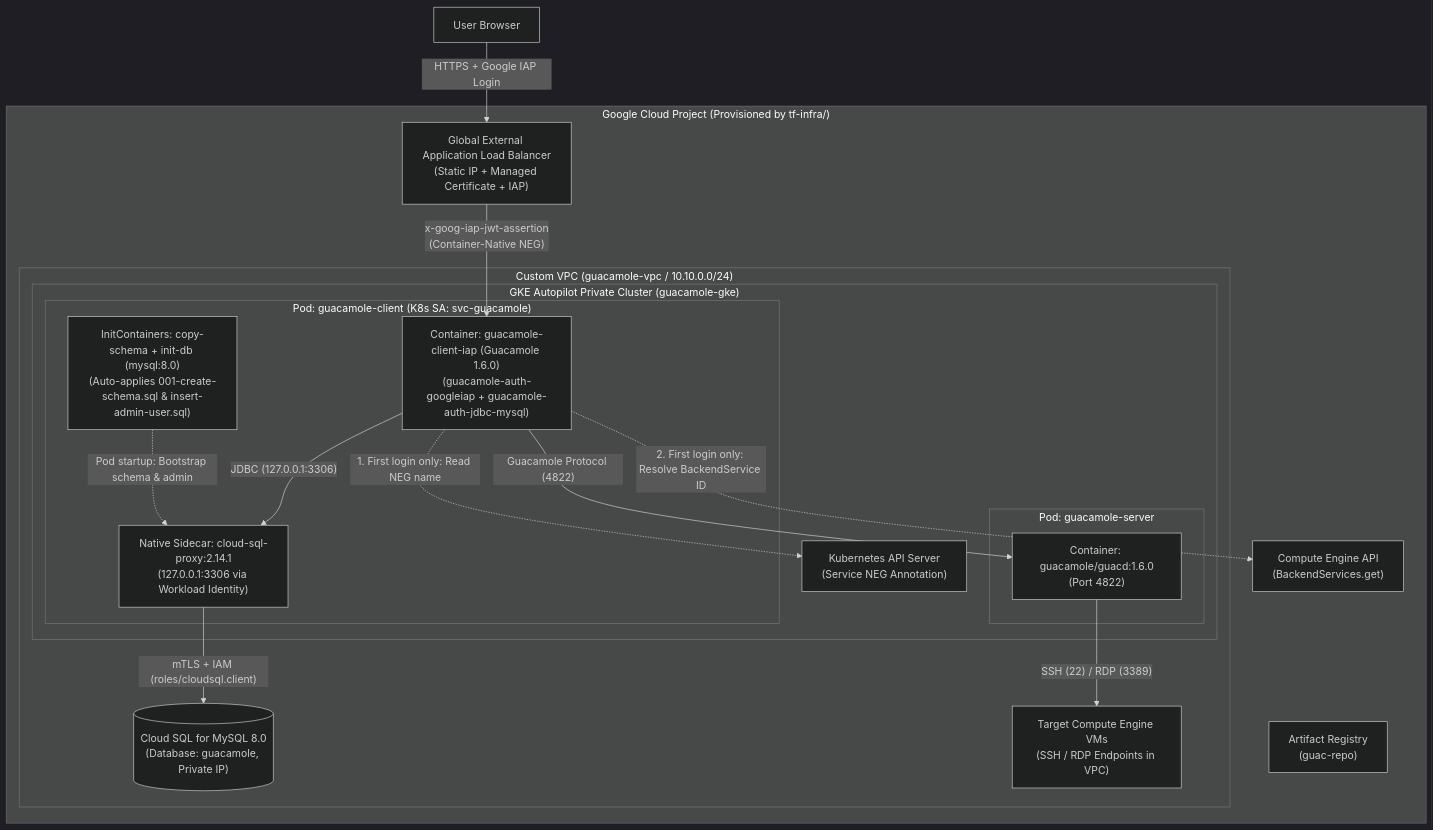
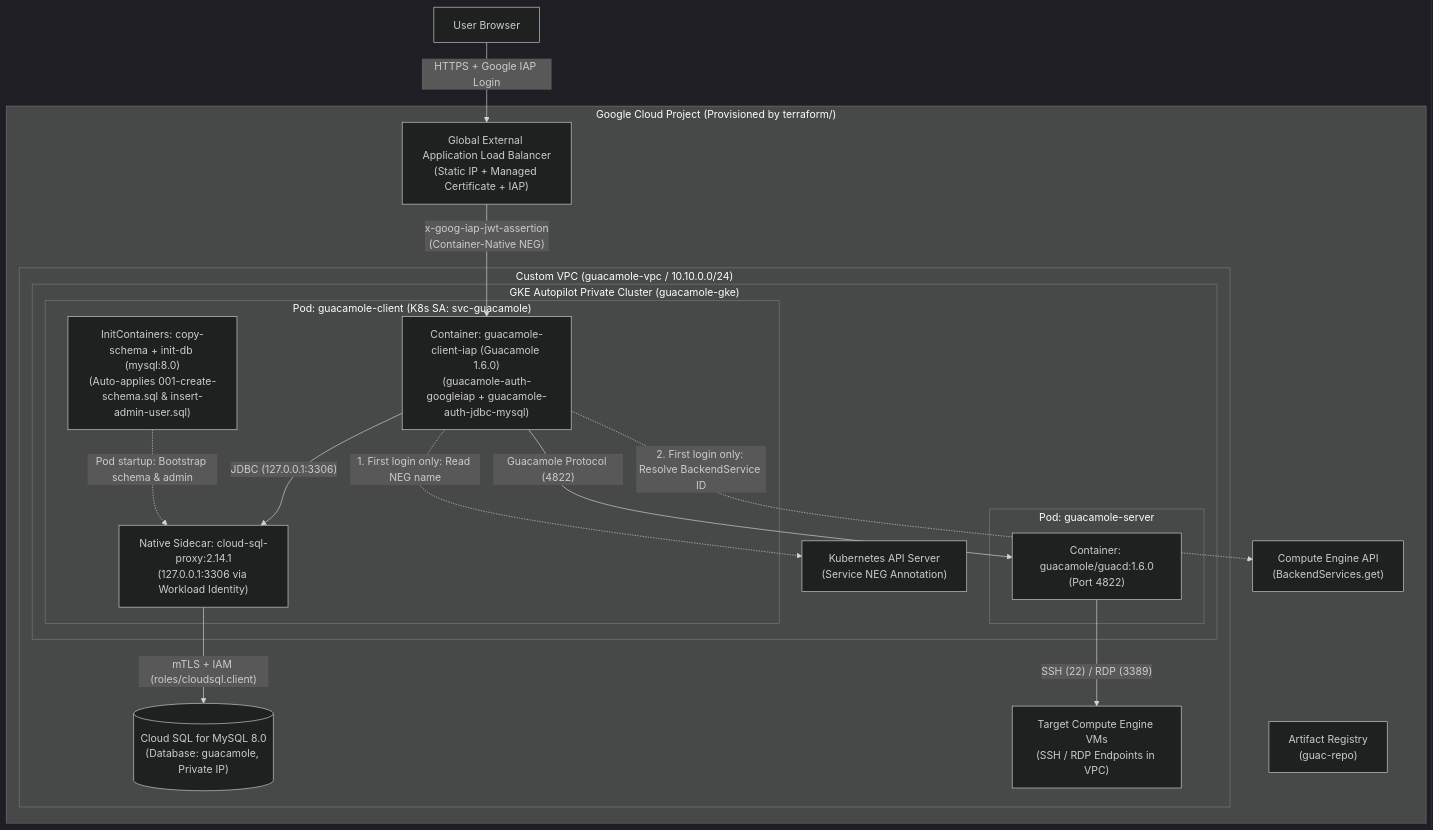
The diagram in README.md (GoogleCloudPlatform/guacamole-on-gcp), drawn with Mermaid (dark theme) before and after one commit. The commit also changed other lines of this file and 17 other files, not shown here.

Commit message:
Rename tf-infra directory to terraform

````diff
--- a/README.md
+++ b/README.md
@@ -11,36 +11,36 @@
 ```mermaid
 flowchart TB
     User["User Browser"]
-    subgraph GCP["Google Cloud Project (Provisioned by tf-infra/)"]
+    subgraph GCP["Google Cloud Project (Provisioned by terraform/)"]
         GLB["Global External Application Load Balancer<br/>(Static IP + Managed Certificate + IAP)"]
         ComputeAPI["Compute Engine API<br/>(BackendServices.get)"]
         AR["Artifact Registry<br/>(guac-repo)"]
 
         subgraph VPC["Custom VPC (guacamole-vpc / 10.10.0.0/24)"]
             subgraph GKE["GKE Autopilot Private Cluster (guacamole-gke)"]
                 K8sAPI["Kubernetes API Server<br/>(Service NEG Annotation)"]
                 subgraph PodClient["Pod: guacamole-client (K8s SA: svc-guacamole)"]
                     InitDB["InitContainers: copy-schema + init-db (mysql:8.0)<br/>(Auto-applies 001-create-schema.sql & insert-admin-user.sql)"]
                     GuacClient["Container: guacamole-client-iap (Guacamole 1.6.0)<br/>(guacamole-auth-googleiap + guacamole-auth-jdbc-mysql)"]
                     SQLProxy["Native Sidecar: cloud-sql-proxy:2.14.1<br/>(127.0.0.1:3306 via Workload Identity)"]
                 end
                 subgraph PodServer["Pod: guacamole-server"]
                     Guacd["Container: guacamole/guacd:1.6.0<br/>(Port 4822)"]
                 end
             end
 
             CloudSQL[("Cloud SQL for MySQL 8.0<br/>(Database: guacamole, Private IP)")]
             TargetVMs["Target Compute Engine VMs<br/>(SSH / RDP Endpoints in VPC)"]
         end
     end
 
     User -->|"HTTPS + Google IAP Login"| GLB
     GLB -->|"x-goog-iap-jwt-assertion<br/>(Container-Native NEG)"| GuacClient
     GuacClient -.->|"1. First login only: Read NEG name"| K8sAPI
     GuacClient -.->|"2. First login only: Resolve BackendService ID"| ComputeAPI
     InitDB -.->|"Pod startup: Bootstrap schema & admin"| SQLProxy
     GuacClient -->|"JDBC (127.0.0.1:3306)"| SQLProxy
     SQLProxy -->|"mTLS + IAM (roles/cloudsql.client)"| CloudSQL
     GuacClient -->|"Guacamole Protocol (4822)"| Guacd
     Guacd -->|"SSH (22) / RDP (3389)"| TargetVMs
 ```
````
